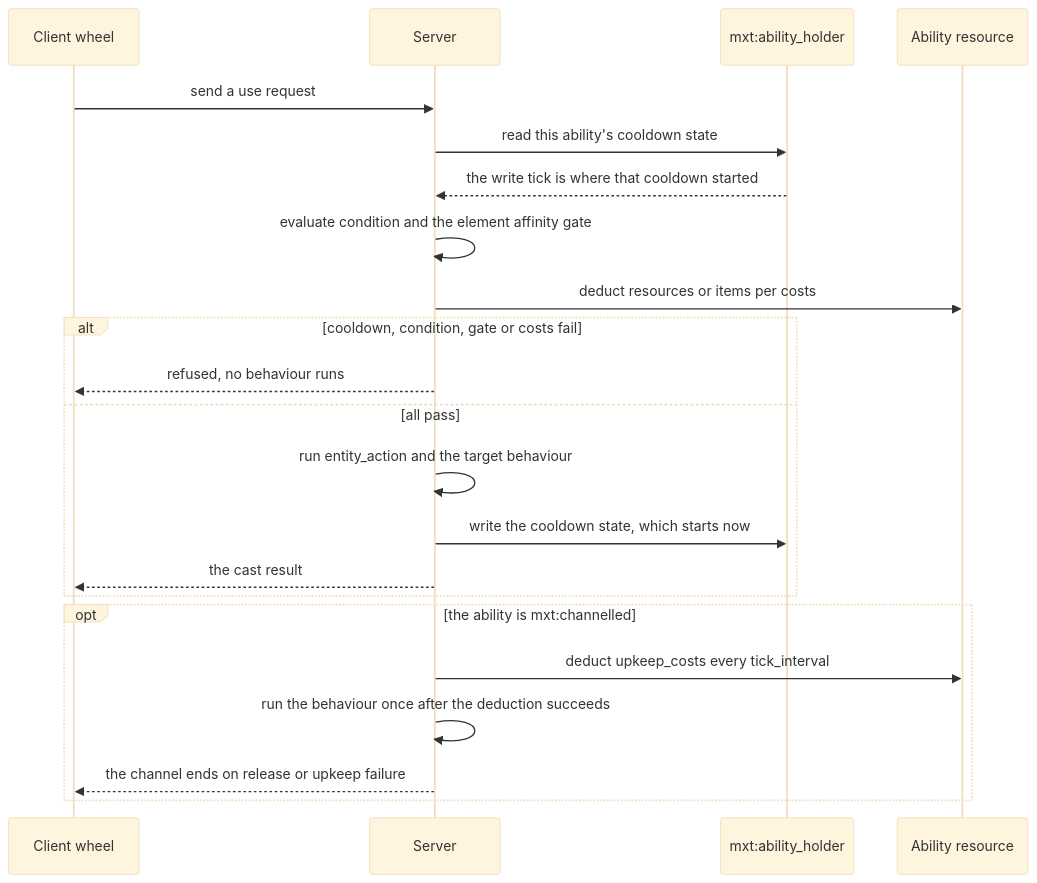
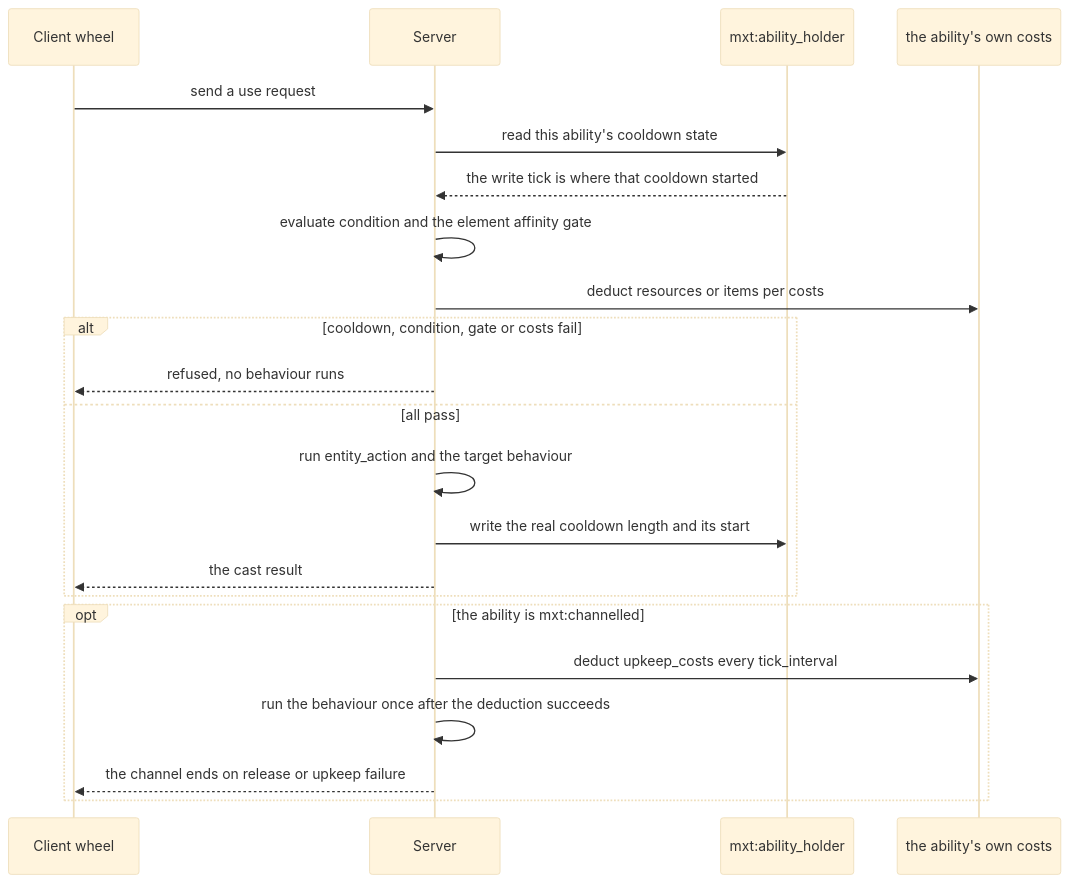
Before and after one commit to IAFEnvoy/mxt-docs: the diagram in docs/en/datapack/json/ability.md, drawn with Mermaid (base theme). The commit also changed other lines of this file and 180 other files, not shown here.

````diff
--- a/docs/en/datapack/json/ability.md
+++ b/docs/en/datapack/json/ability.md
@@ -107,25 +156,25 @@
 ```mermaid
 sequenceDiagram
     participant C as Client wheel
     participant S as Server
     participant H as mxt:ability_holder
-    participant R as Ability resource
+    participant R as the ability's own costs
 
     C->>S: send a use request
     S->>H: read this ability's cooldown state
     H-->>S: the write tick is where that cooldown started
     S->>S: evaluate condition and the element affinity gate
     S->>R: deduct resources or items per costs
     alt cooldown, condition, gate or costs fail
         S-->>C: refused, no behaviour runs
     else all pass
         S->>S: run entity_action and the target behaviour
-        S->>H: write the cooldown state, which starts now
+        S->>H: write the real cooldown length and its start
         S-->>C: the cast result
     end
     opt the ability is mxt:channelled
         S->>R: deduct upkeep_costs every tick_interval
         S->>S: run the behaviour once after the deduction succeeds
         S-->>C: the channel ends on release or upkeep failure
     end
 ```
````
